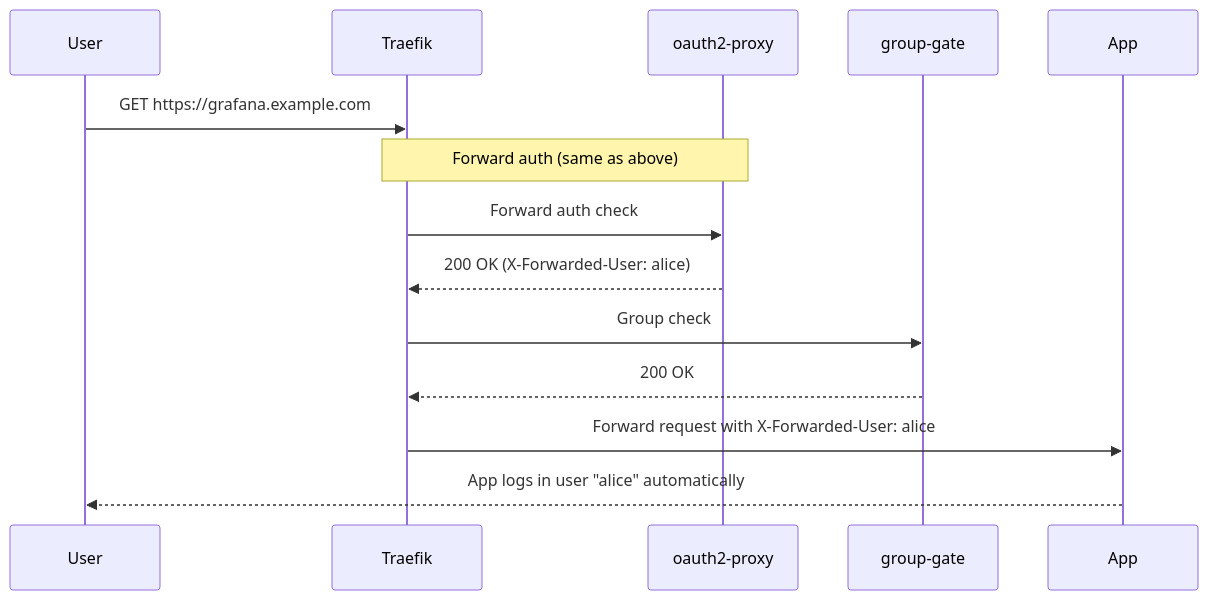
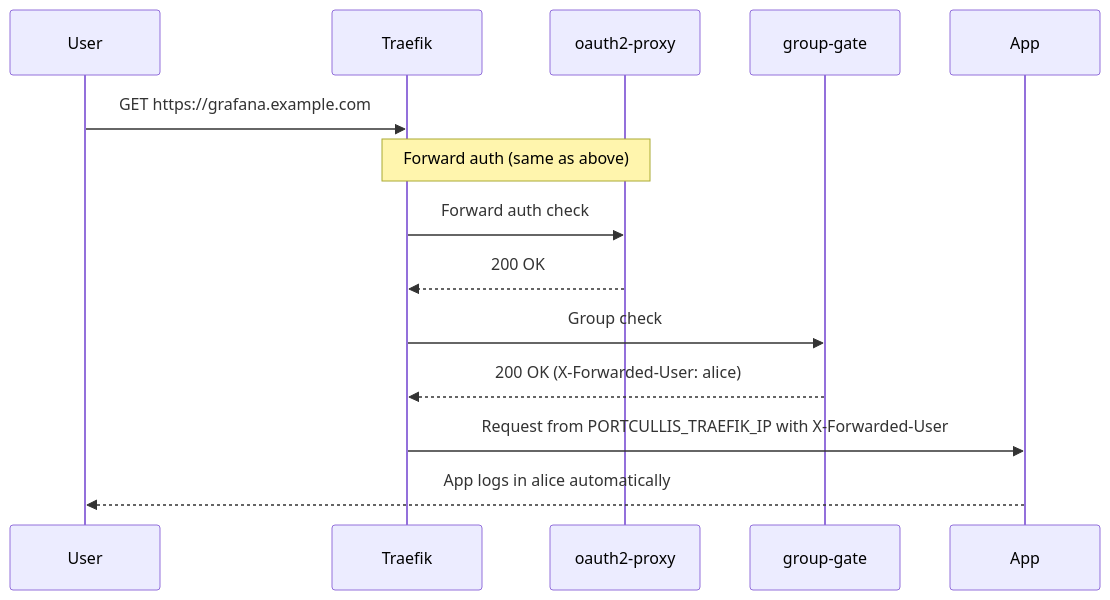
The fourth of 6 diagrams in docs/architecture.md (porelli/portcullis-docs), drawn with Mermaid before and after one commit. The commit also changed other lines of this file and 2 other files, not shown here.

Commit message:
docs: security and hardening page, architecture diagrams with socket proxies and portcullis-auth

````diff
--- a/docs/architecture.md
+++ b/docs/architecture.md
@@ -148,17 +172,17 @@
 ```mermaid
 sequenceDiagram
     participant U as User
     participant T as Traefik
     participant O as oauth2-proxy
     participant G as group-gate
     participant A as App
 
     U->>T: GET https://grafana.example.com
     Note over T,O: Forward auth (same as above)
     T->>O: Forward auth check
-    O-->>T: 200 OK (X-Forwarded-User: alice)
+    O-->>T: 200 OK
     T->>G: Group check
-    G-->>T: 200 OK
-    T->>A: Forward request with X-Forwarded-User: alice
-    A-->>U: App logs in user "alice" automatically
+    G-->>T: 200 OK (X-Forwarded-User: alice)
+    T->>A: Request from PORTCULLIS_TRAEFIK_IP with X-Forwarded-User
+    A-->>U: App logs in alice automatically
 ```
````
